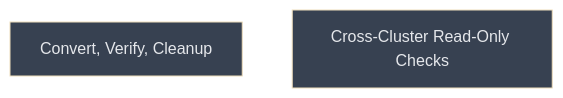
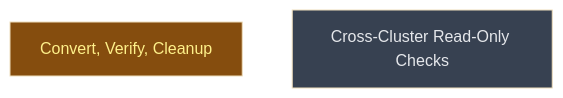
The diagram in __roadmap__/p53-mdm2-v2/p1b_container_runtime/sif_delivery/README.md (LittleCoinCoin/usd-bio), drawn with Mermaid (base theme) before and after one commit. The commit also changed other lines of this file and 8 other files, not shown here.

````diff
--- a/__roadmap__/p53-mdm2-v2/p1b_container_runtime/sif_delivery/README.md
+++ b/__roadmap__/p53-mdm2-v2/p1b_container_runtime/sif_delivery/README.md
@@ -28,10 +28,10 @@
 ```mermaid
 graph TD
-    convert_verify_cleanup[Convert, Verify, Cleanup]:::planned
+    convert_verify_cleanup[Convert, Verify, Cleanup]:::inprogress
     crosscluster_readonly[Cross-Cluster Read-Only Checks]:::planned
     classDef done       fill:#166534,color:#bbf7d0
     classDef inprogress fill:#854d0e,color:#fef08a
     classDef planned    fill:#374151,color:#e5e7eb
     classDef amendment  fill:#1e3a5f,color:#bfdbfe
     classDef blocked    fill:#7f1d1d,color:#fecaca
 ```
````
